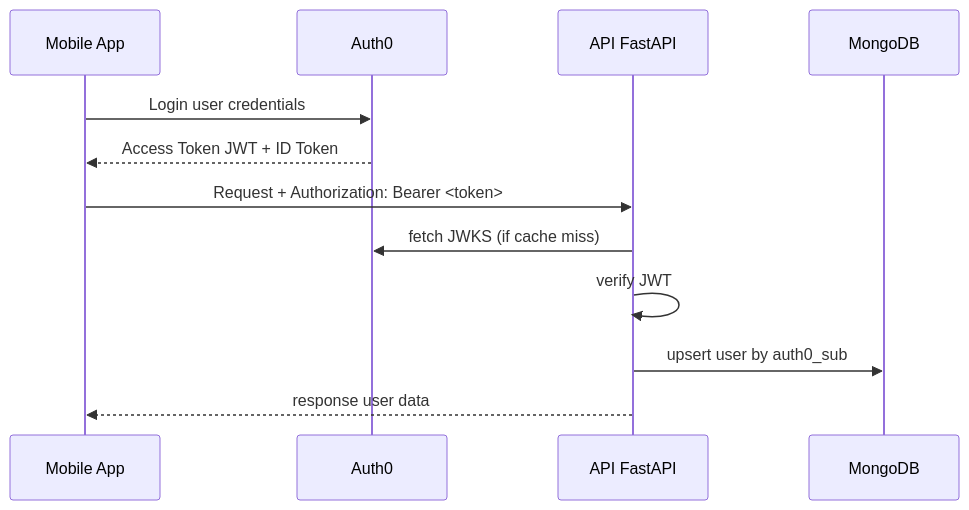
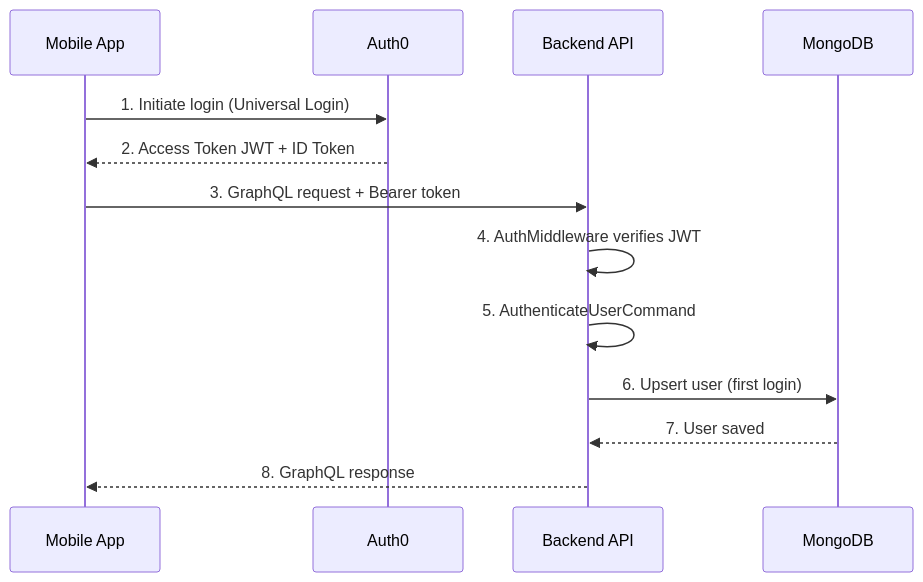
The diagram in backend/REFACTOR/usermanagement.md (giamma80/Nutrifit-mobile), drawn with Mermaid before and after one commit. The commit also changed other lines of this file and 57 other files, not shown here.

````diff
--- a/backend/REFACTOR/usermanagement.md
+++ b/backend/REFACTOR/usermanagement.md
@@ -487,15 +1026,16 @@
 ```mermaid
 sequenceDiagram
-  participant Mobile App
-  participant Auth0
-  participant API FastAPI
-  participant MongoDB
+    participant Mobile as Mobile App
+    participant Auth0
+    participant API as Backend API
+    participant MongoDB
 
-  Mobile App->>Auth0: Login user credentials
-  Auth0-->>Mobile App: Access Token JWT + ID Token
-  Mobile App->>API FastAPI: Request + Authorization: Bearer <token>
-  API FastAPI->>Auth0: fetch JWKS (if cache miss)
-  API FastAPI->>API FastAPI: verify JWT
-  API FastAPI->>MongoDB: upsert user by auth0_sub
-  API FastAPI-->>Mobile App: response user data
+    Mobile->>Auth0: 1. Initiate login (Universal Login)
+    Auth0-->>Mobile: 2. Access Token JWT + ID Token
+    Mobile->>API: 3. GraphQL request + Bearer token
+    API->>API: 4. AuthMiddleware verifies JWT
+    API->>API: 5. AuthenticateUserCommand
+    API->>MongoDB: 6. Upsert user (first login)
+    MongoDB-->>API: 7. User saved
+    API-->>Mobile: 8. GraphQL response
 ```
````
